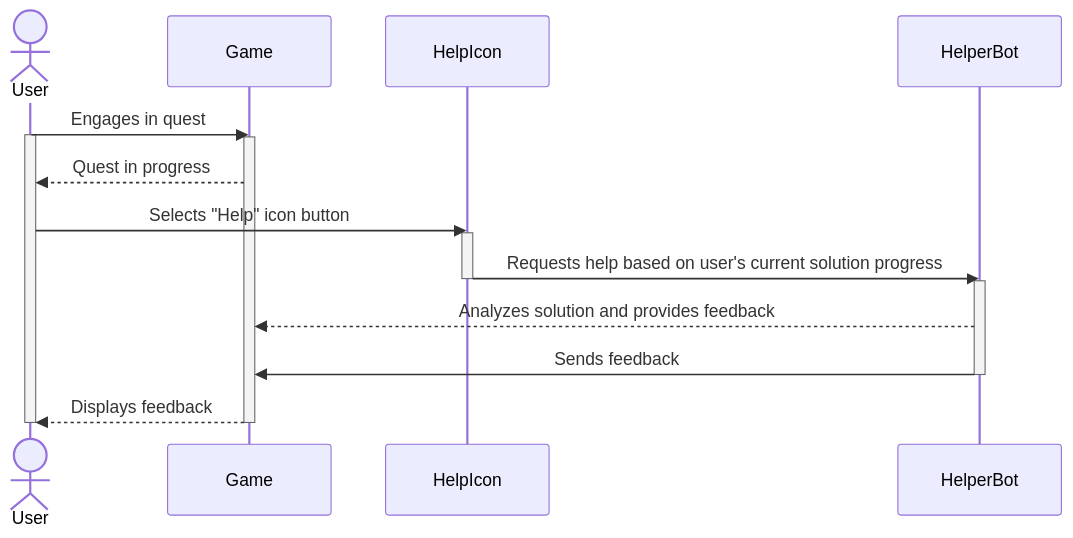
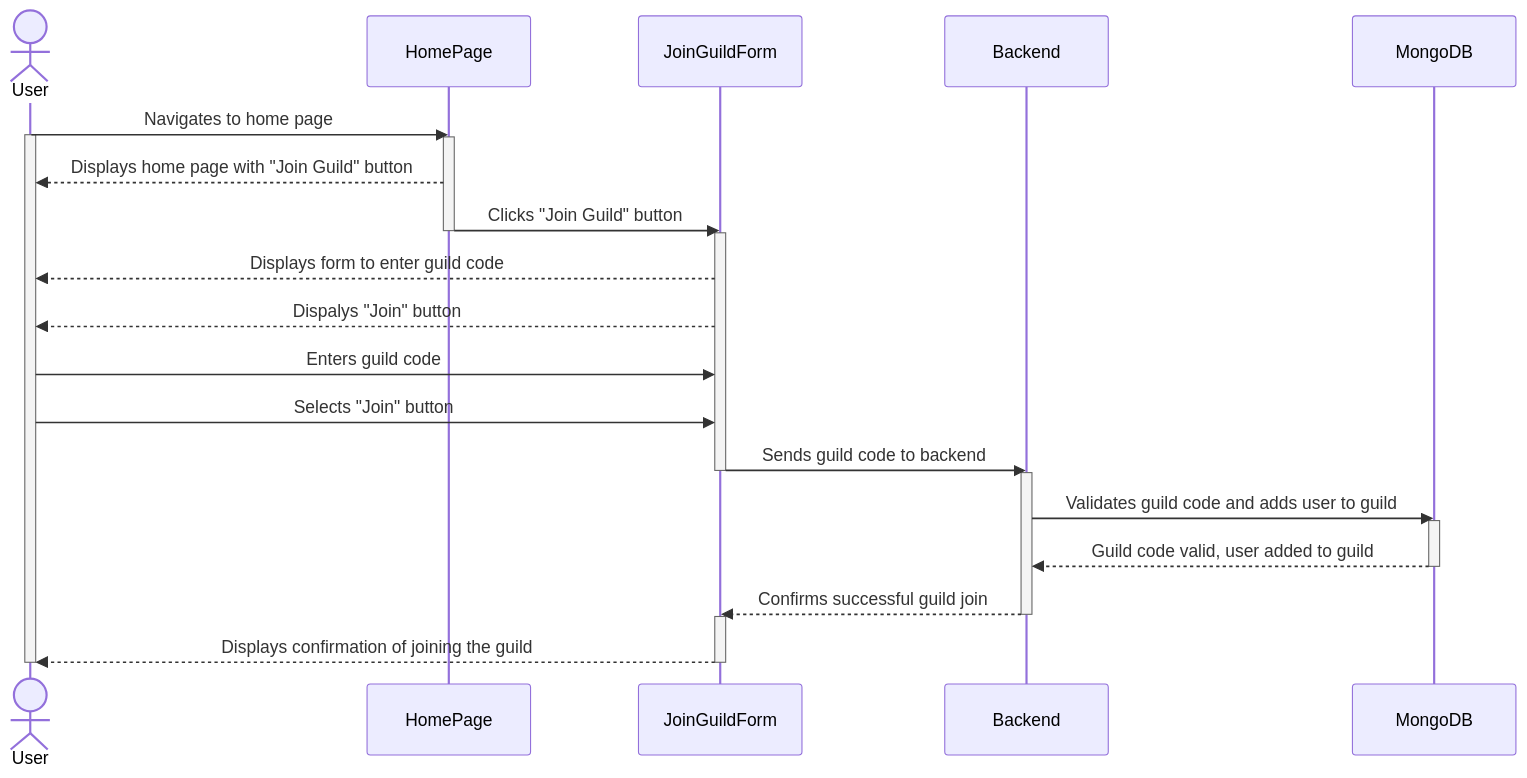
The tenth of 12 diagrams in documentation/docs/system-architecture/sequence-diagrams.md (capstone-projects-2024-fall/devs-and-dragons), drawn with Mermaid before and after one commit. The commit also changed other lines of this file, not shown here.

Commit message:
revert to original sequence diagrams

````diff
--- a/documentation/docs/system-architecture/sequence-diagrams.md
+++ b/documentation/docs/system-architecture/sequence-diagrams.md
@@ -373,26 +469,32 @@
 ```mermaid
 sequenceDiagram
     actor User
-    participant Game
-    participant HelpIcon
-    participant HelperBot
-
-    User->>Game: Engages in quest
+    participant HomePage
+    participant JoinGuildForm
+    participant Backend
+    participant Database as MongoDB
+    User->>HomePage: Navigates to home page
     activate User
-    activate Game
-    Game-->>User: Quest in progress
-
-    User->>HelpIcon: Selects "Help" icon button
-    activate HelpIcon
-    HelpIcon->>HelperBot: Requests help based on user's current solution progress
-    deactivate HelpIcon
-    activate HelperBot
-    HelperBot-->>Game: Analyzes solution and provides feedback
-    
-    HelperBot->>Game: Sends feedback
-    deactivate HelperBot
-
-    Game-->>User: Displays feedback
-    deactivate Game
+    activate HomePage
+    HomePage-->>User: Displays home page with "Join Guild" button
+    HomePage->>JoinGuildForm: Clicks "Join Guild" button
+    deactivate HomePage
+    activate JoinGuildForm
+    JoinGuildForm-->>User: Displays form to enter guild code
+    JoinGuildForm-->>User: Dispalys "Join" button
+    User->>JoinGuildForm: Enters guild code
+    User->>JoinGuildForm: Selects "Join" button
+    JoinGuildForm->>Backend: Sends guild code to backend
+    deactivate JoinGuildForm
+    activate Backend
+    Backend->>Database: Validates guild code and adds user to guild
+    activate Database
+    Database-->>Backend: Guild code valid, user added to guild
+    deactivate Database
+    Backend-->>JoinGuildForm: Confirms successful guild join
+    deactivate Backend
+    activate JoinGuildForm
+    JoinGuildForm-->>User: Displays confirmation of joining the guild
     deactivate User
+    deactivate JoinGuildForm
 ```
````
